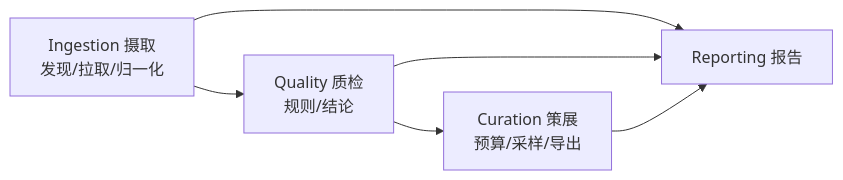
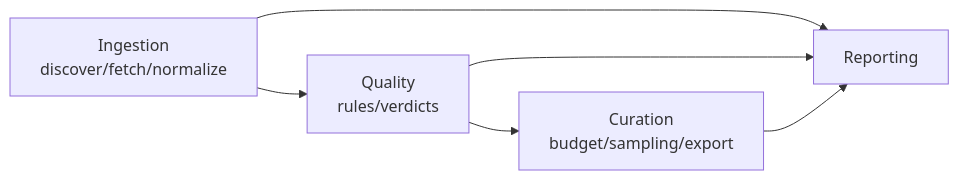
One commit to bioshrek/luma_ai_assessment changed the diagram in docs/technical_design.md. Above: the diagram before and after it, drawn with Mermaid. The commit also changed other lines of this file, not shown here.

````diff
--- a/docs/technical_design.md
+++ b/docs/technical_design.md
@@ -604,8 +609,8 @@
 ```mermaid
 flowchart LR
-  I[Ingestion 摄取<br/>发现/拉取/归一化] --> Q[Quality 质检<br/>规则/结论]
-  Q --> C[Curation 策展<br/>预算/采样/导出]
-  I --> R[Reporting 报告]
+  I[Ingestion<br/>discover/fetch/normalize] --> Q[Quality<br/>rules/verdicts]
+  Q --> C[Curation<br/>budget/sampling/export]
+  I --> R[Reporting]
   Q --> R
   C --> R
 ```
````
